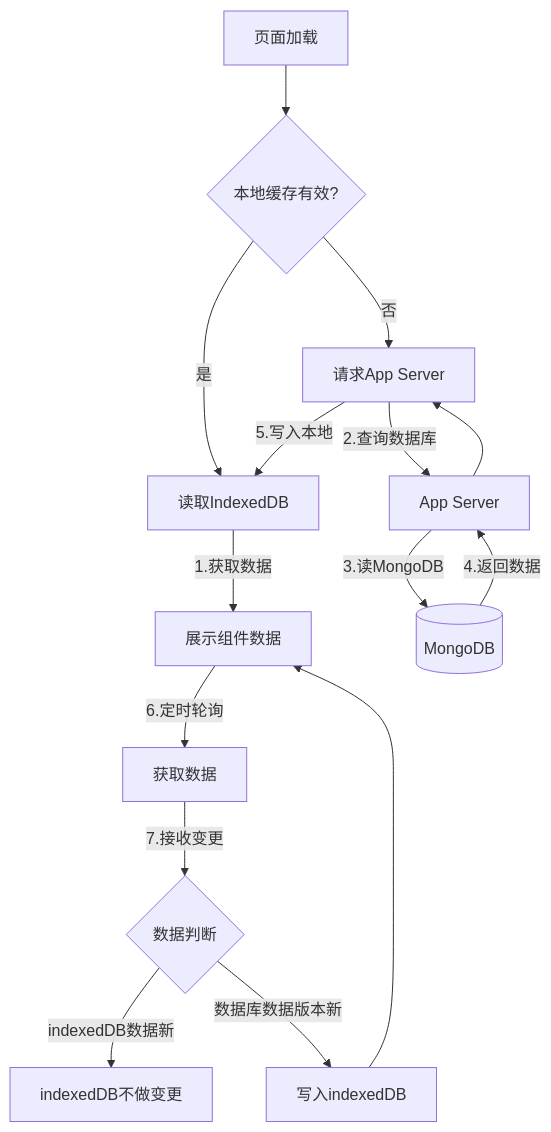
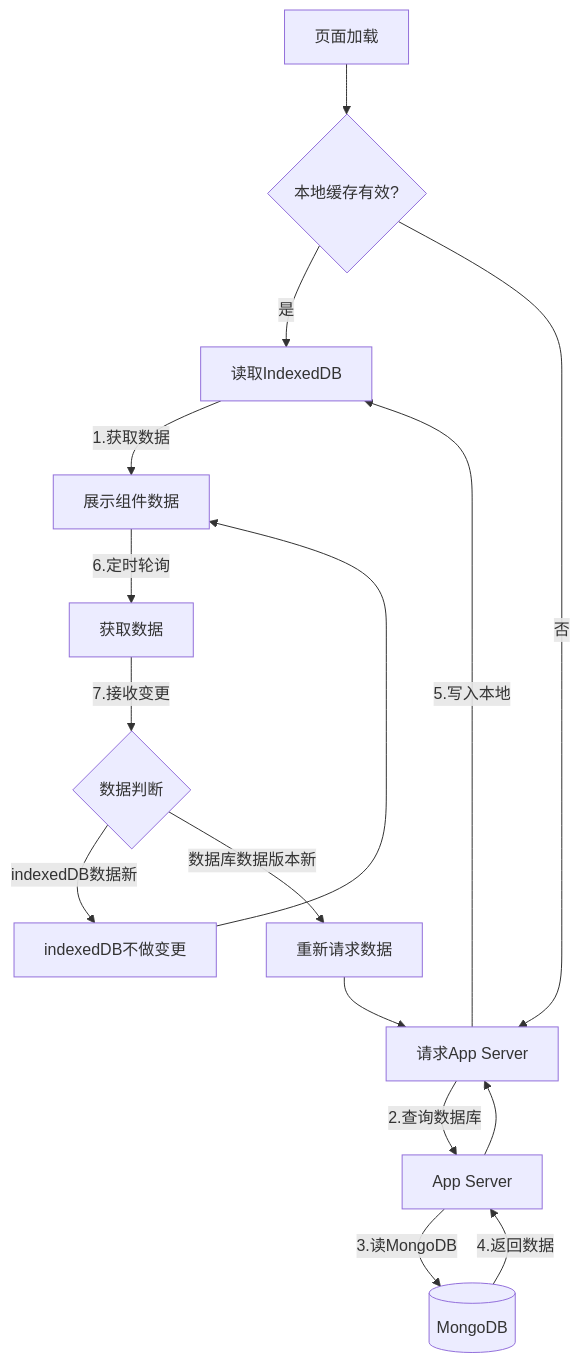
The diagram in all/未命名-21.md (yingjianzh/iodraw-files), drawn with Mermaid before and after one commit.

Commit message:
2025-02-18 11:48:30 update

````diff
--- a/all/未命名-21.md
+++ b/all/未命名-21.md
@@ -1,18 +1,19 @@
 ```mermaid
 
 graph TD
     A[页面加载] --> B{本地缓存有效?}
     B -->|是| C[读取IndexedDB]
     B -->|否| D[请求App Server]
     C -->|1.获取数据| E[展示组件数据]
     D -->|2.查询数据库| F[App Server]
     F -->|3.读MongoDB| G[(MongoDB)]
     G -->|4.返回数据| F --> D
     D -->|5.写入本地| C
     E -->|6.定时轮询| H[获取数据]
     H -->|7.接收变更| I{数据判断}
     I -->|indexedDB数据新| J[indexedDB不做变更]
-    I -->|数据库数据版本新| K[写入indexedDB]
-    K --> E
+    I -->|数据库数据版本新| K[重新请求数据]
+    J --> E
+    K --> D
 
 ```
````
